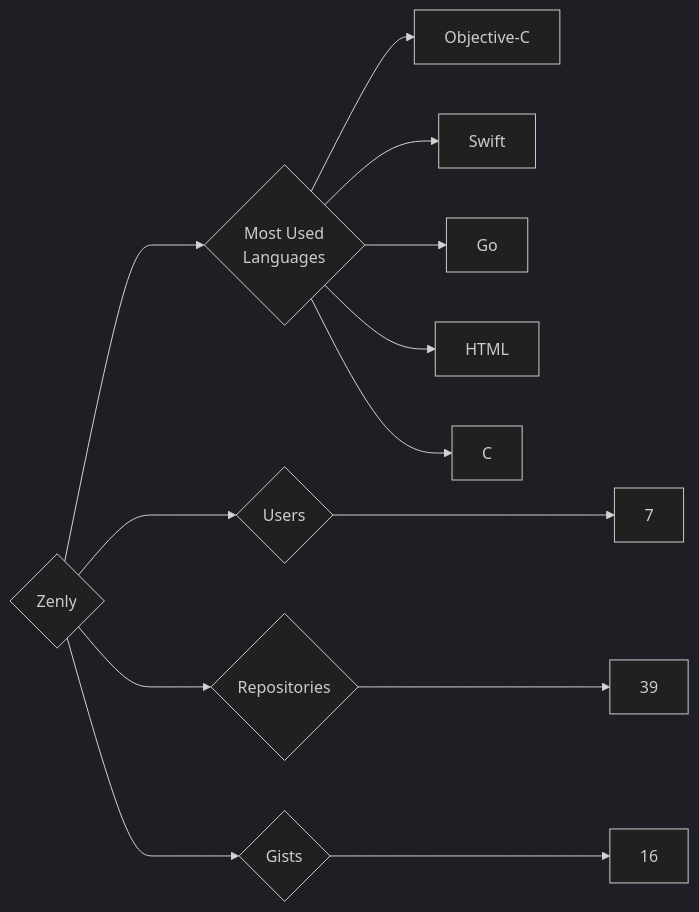
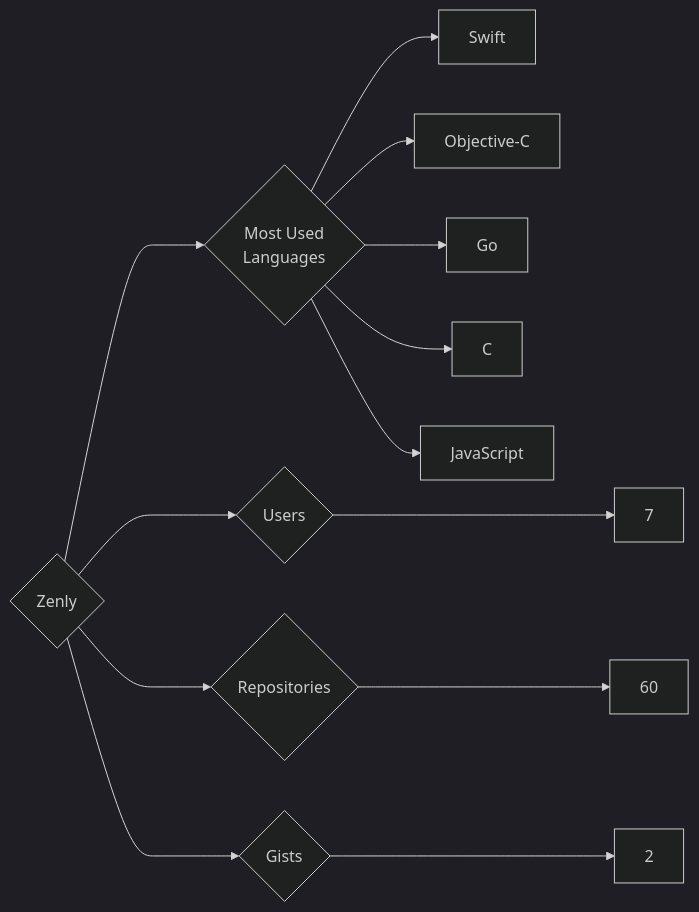
Before and after one commit to trickest/insiders: the diagram in targets/Zenly/README.md, drawn with Mermaid (dark theme). The commit also changed 970 other files, not shown here.

````diff
--- a/targets/Zenly/README.md
+++ b/targets/Zenly/README.md
@@ -3,13 +3,13 @@
 ```mermaid
 graph LR
 COMPANY_NAME{Zenly}
 COMPANY_NAME ---> U{Users} ---> UN[7]
-COMPANY_NAME ---> R{Repositories} ---> RN[39]
-COMPANY_NAME ---> G{Gists} ---> GN[16]
+COMPANY_NAME ---> R{Repositories} ---> RN[60]
+COMPANY_NAME ---> G{Gists} ---> GN[2]
 COMPANY_NAME ---> ML{Most Used<br>Languages}
+ML --> Swift[Swift]
 ML --> Objective-C[Objective-C]
-ML --> Swift[Swift]
 ML --> Go[Go]
-ML --> HTML[HTML]
 ML --> C[C]
+ML --> JavaScript[JavaScript]
 ```
````
